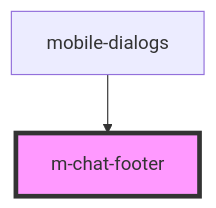
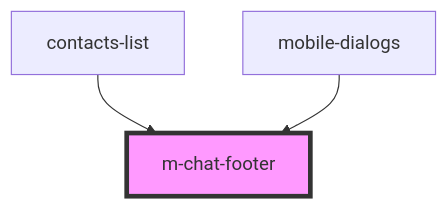
The diagram in src/components/mobile/mobile-chat/res/view/mobile-dialogs/res/view/m-chat-footer/readme.md (saqhan/stencil-chat), drawn with Mermaid before and after one commit. The commit also changed other lines of this file and 14 other files, not shown here.

````diff
--- a/src/components/mobile/mobile-chat/res/view/mobile-dialogs/res/view/m-chat-footer/readme.md
+++ b/src/components/mobile/mobile-chat/res/view/mobile-dialogs/res/view/m-chat-footer/readme.md
@@ -22,5 +23,6 @@
 ```mermaid
 graph TD;
+  contacts-list --> m-chat-footer
   mobile-dialogs --> m-chat-footer
   style m-chat-footer fill:#f9f,stroke:#333,stroke-width:4px
 ```
````
